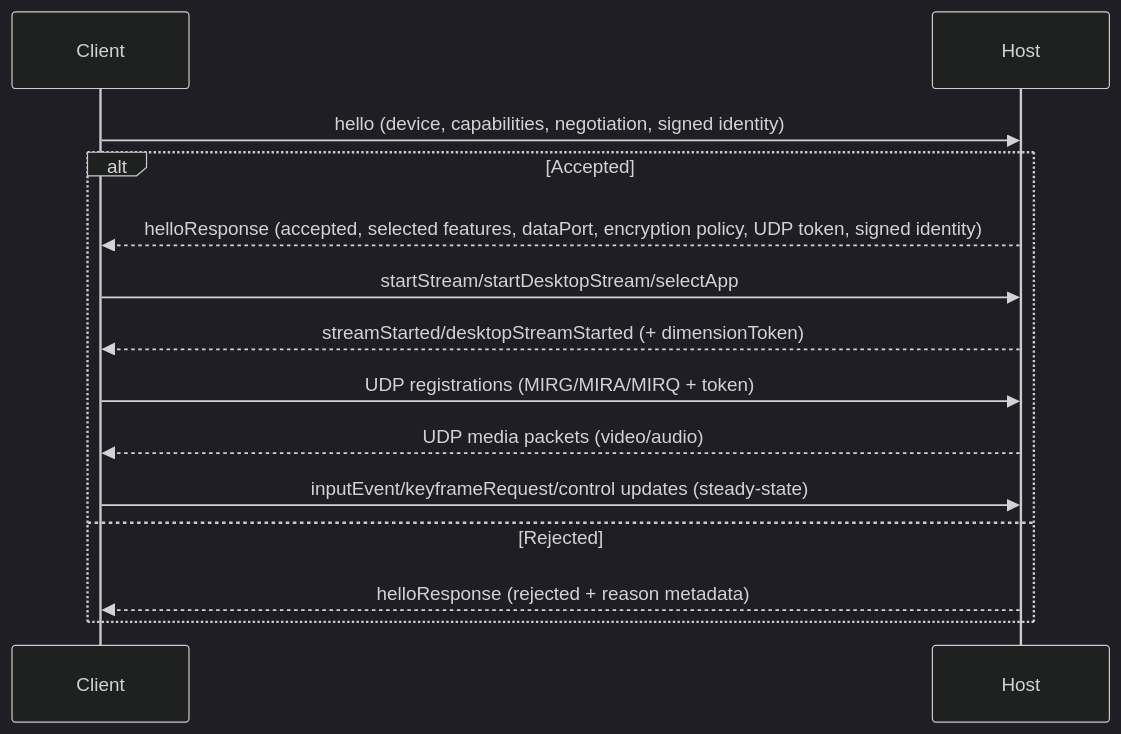
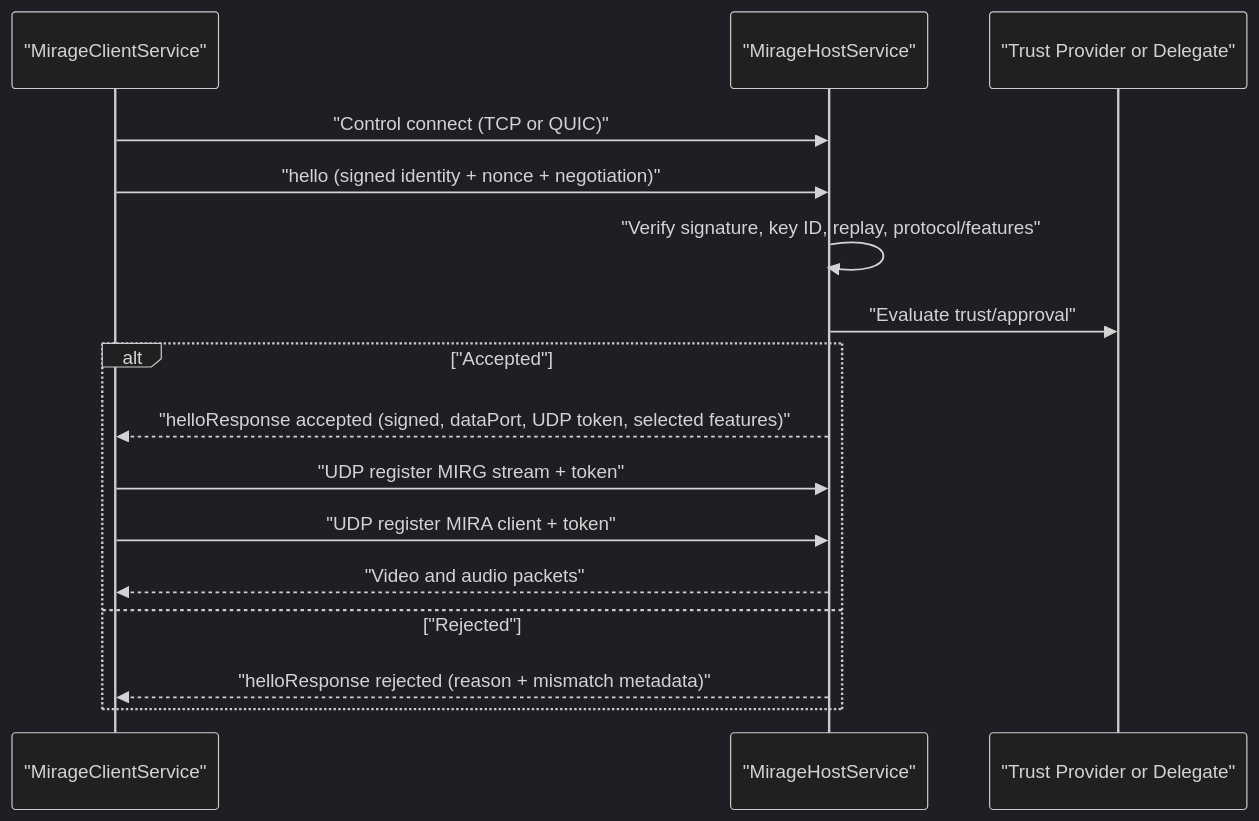
Before and after one commit to EthanLipnik/MirageKit: the second of 4 diagrams in Architecture.md, drawn with Mermaid (dark theme). The commit also changed other lines of this file and 27 other files, not shown here.

````diff
--- a/Architecture.md
+++ b/Architecture.md
@@ -59,16 +64,20 @@
 ```mermaid
 sequenceDiagram
-    participant Client
-    participant Host
-    Client->>Host: hello (device, capabilities, negotiation, signed identity)
-    alt Accepted
-        Host-->>Client: helloResponse (accepted, selected features, dataPort, encryption policy, UDP token, signed identity)
-        Client->>Host: startStream/startDesktopStream/selectApp
-        Host-->>Client: streamStarted/desktopStreamStarted (+ dimensionToken)
-        Client->>Host: UDP registrations (MIRG/MIRA/MIRQ + token)
-        Host-->>Client: UDP media packets (video/audio)
-        Client->>Host: inputEvent/keyframeRequest/control updates (steady-state)
-    else Rejected
-        Host-->>Client: helloResponse (rejected + reason metadata)
+    participant C as "MirageClientService"
+    participant H as "MirageHostService"
+    participant TP as "Trust Provider or Delegate"
+
+    C->>H: "Control connect (TCP or QUIC)"
+    C->>H: "hello (signed identity + nonce + negotiation)"
+    H->>H: "Verify signature, key ID, replay, protocol/features"
+    H->>TP: "Evaluate trust/approval"
+
+    alt "Accepted"
+        H-->>C: "helloResponse accepted (signed, dataPort, UDP token, selected features)"
+        C->>H: "UDP register MIRG stream + token"
+        C->>H: "UDP register MIRA client + token"
+        H-->>C: "Video and audio packets"
+    else "Rejected"
+        H-->>C: "helloResponse rejected (reason + mismatch metadata)"
     end
 ```
````
